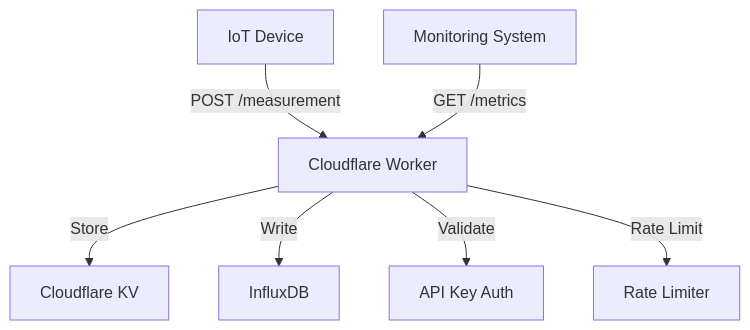
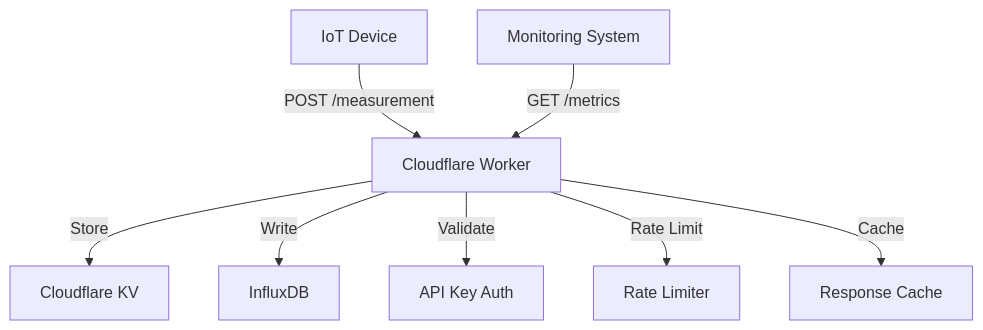
Before and after one commit to veilands/cf-learn: the diagram in README.md, drawn with Mermaid. The commit also changed other lines of this file and 9 other files, not shown here.

````diff
--- a/README.md
+++ b/README.md
@@ -17,9 +18,10 @@
 ```mermaid
 graph TD
     Device[IoT Device] -->|POST /measurement| Worker[Cloudflare Worker]
     Monitor[Monitoring System] -->|GET /metrics| Worker
     Worker -->|Store| KV[Cloudflare KV]
     Worker -->|Write| InfluxDB[InfluxDB]
     Worker -->|Validate| Auth[API Key Auth]
     Worker -->|Rate Limit| RateLimit[Rate Limiter]
+    Worker -->|Cache| Cache[Response Cache]
 ```
````
